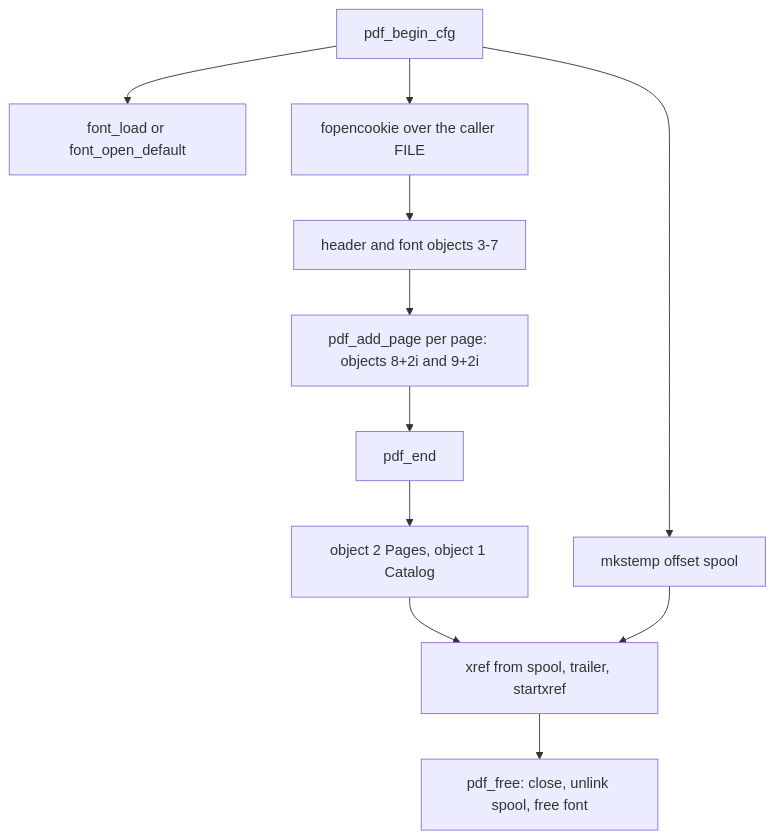
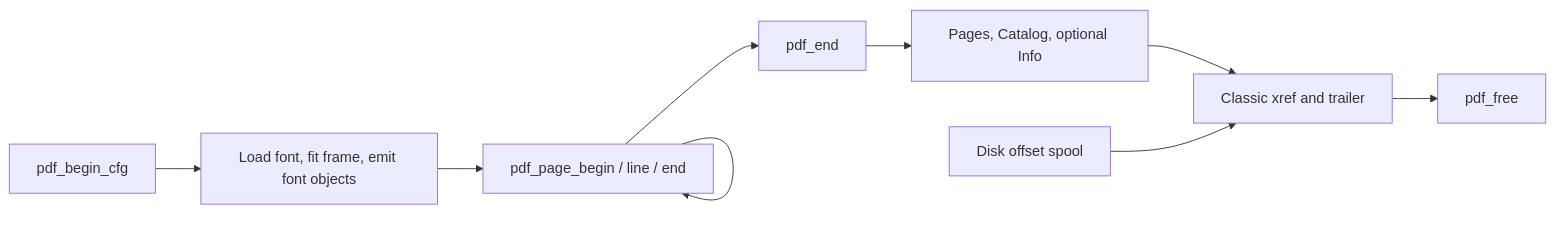
The diagram in droid-wiki/systems/pdf-writer.md (artemklen/ki_xml_pdf), drawn with Mermaid before and after one commit. The commit also changed other lines of this file and 43 other files, not shown here.

````diff
--- a/droid-wiki/systems/pdf-writer.md
+++ b/droid-wiki/systems/pdf-writer.md
@@ -107,13 +10,11 @@
 ```mermaid
-graph TD
-    B[pdf_begin_cfg] --> S[mkstemp offset spool]
-    B --> F[font_load or font_open_default]
-    B --> C[fopencookie over the caller FILE]
-    C --> H[header and font objects 3-7]
-    H --> P[pdf_add_page per page: objects 8+2i and 9+2i]
-    P --> E[pdf_end]
-    E --> K[object 2 Pages, object 1 Catalog]
-    K --> X[xref from spool, trailer, startxref]
-    S --> X
-    X --> U[pdf_free: close, unlink spool, free font]
+flowchart LR
+    Begin[pdf_begin_cfg] --> Font[Load font, fit frame, emit font objects]
+    Font --> Page[pdf_page_begin / line / end]
+    Page --> Page
+    Page --> End[pdf_end]
+    End --> Tree[Pages, Catalog, optional Info]
+    Tree --> Xref[Classic xref and trailer]
+    Spool[Disk offset spool] --> Xref
+    Xref --> Free[pdf_free]
 ```
````
